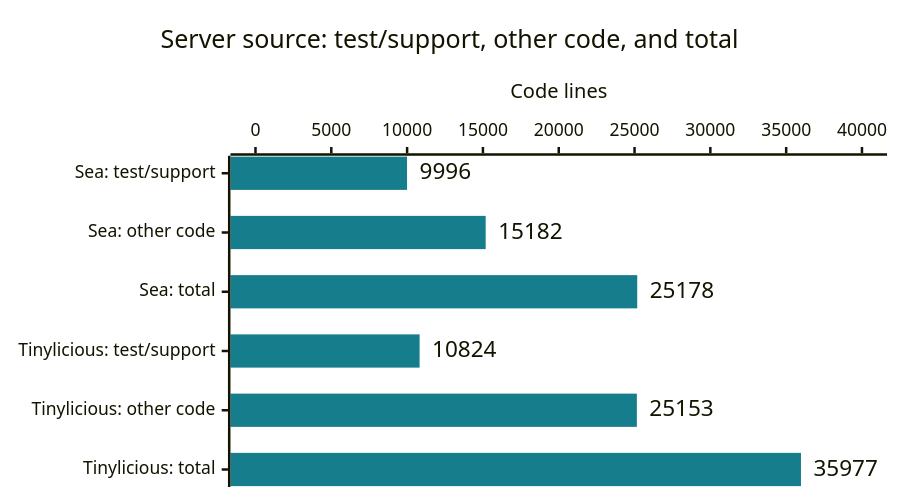
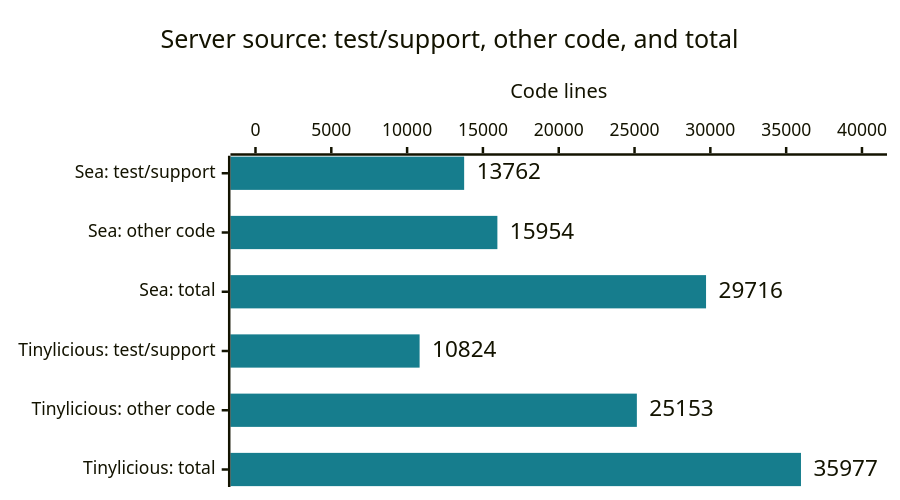
The third of 6 diagrams in rust-service/historical/PROJECT_OVERVIEW.md (microsoft/FluidFramework), drawn with Mermaid before and after one commit. The commit also changed other lines of this file and 10 other files, not shown here.

````diff
--- a/rust-service/historical/PROJECT_OVERVIEW.md
+++ b/rust-service/historical/PROJECT_OVERVIEW.md
@@ -147,17 +147,17 @@
 ```mermaid
 ---
 config:
   xyChart:
     height: 380
     showDataLabel: true
     showDataLabelOutsideBar: true
   themeVariables:
     xyChart:
       plotColorPalette: "#167d8d"
 ---
 xychart-beta horizontal
   title "Server source: test/support, other code, and total"
   x-axis ["Sea: test/support", "Sea: other code", "Sea: total", "Tinylicious: test/support", "Tinylicious: other code", "Tinylicious: total"]
   y-axis "Code lines" 0 --> 40000
-  bar [9996, 15182, 25178, 10824, 25153, 35977]
+  bar [13762, 15954, 29716, 10824, 25153, 35977]
 ```
````
